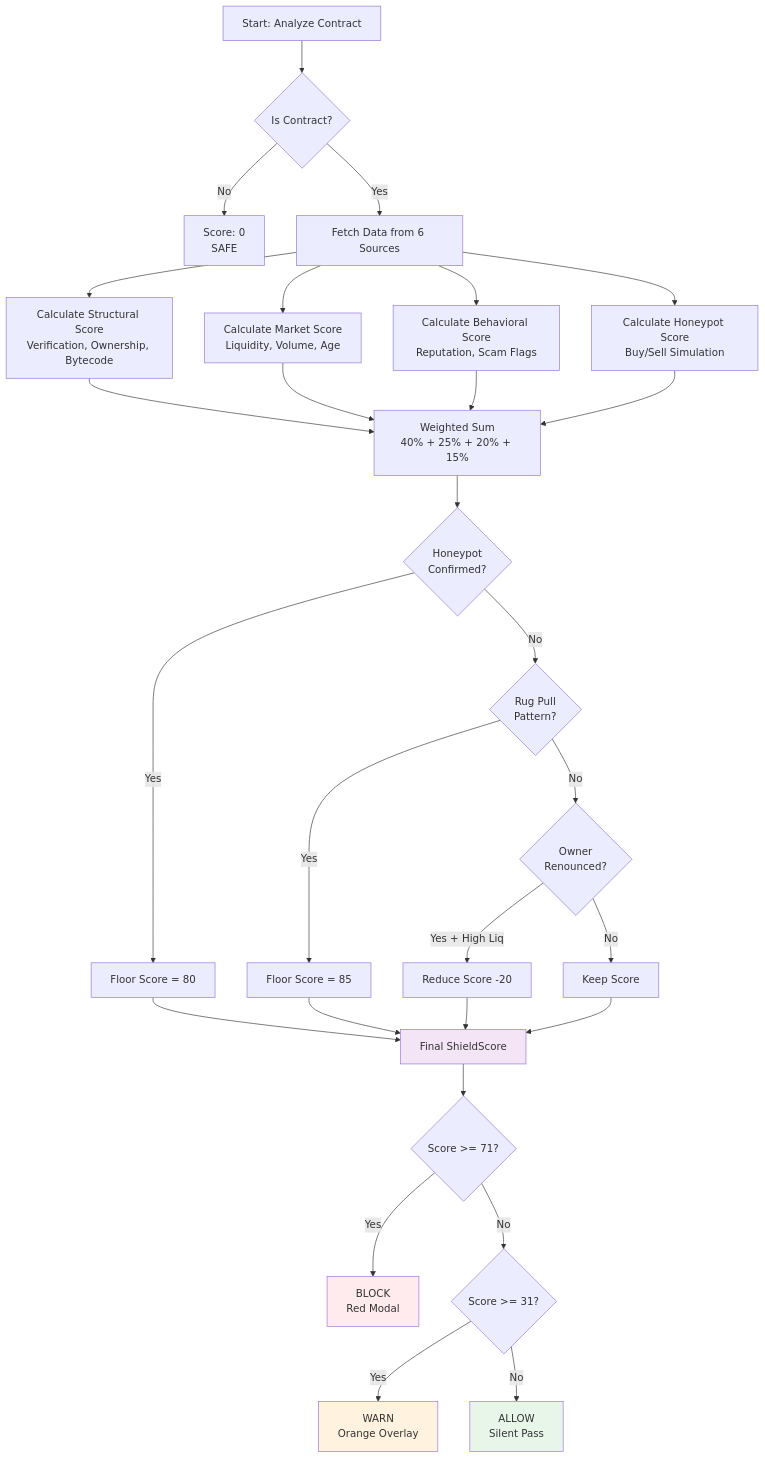
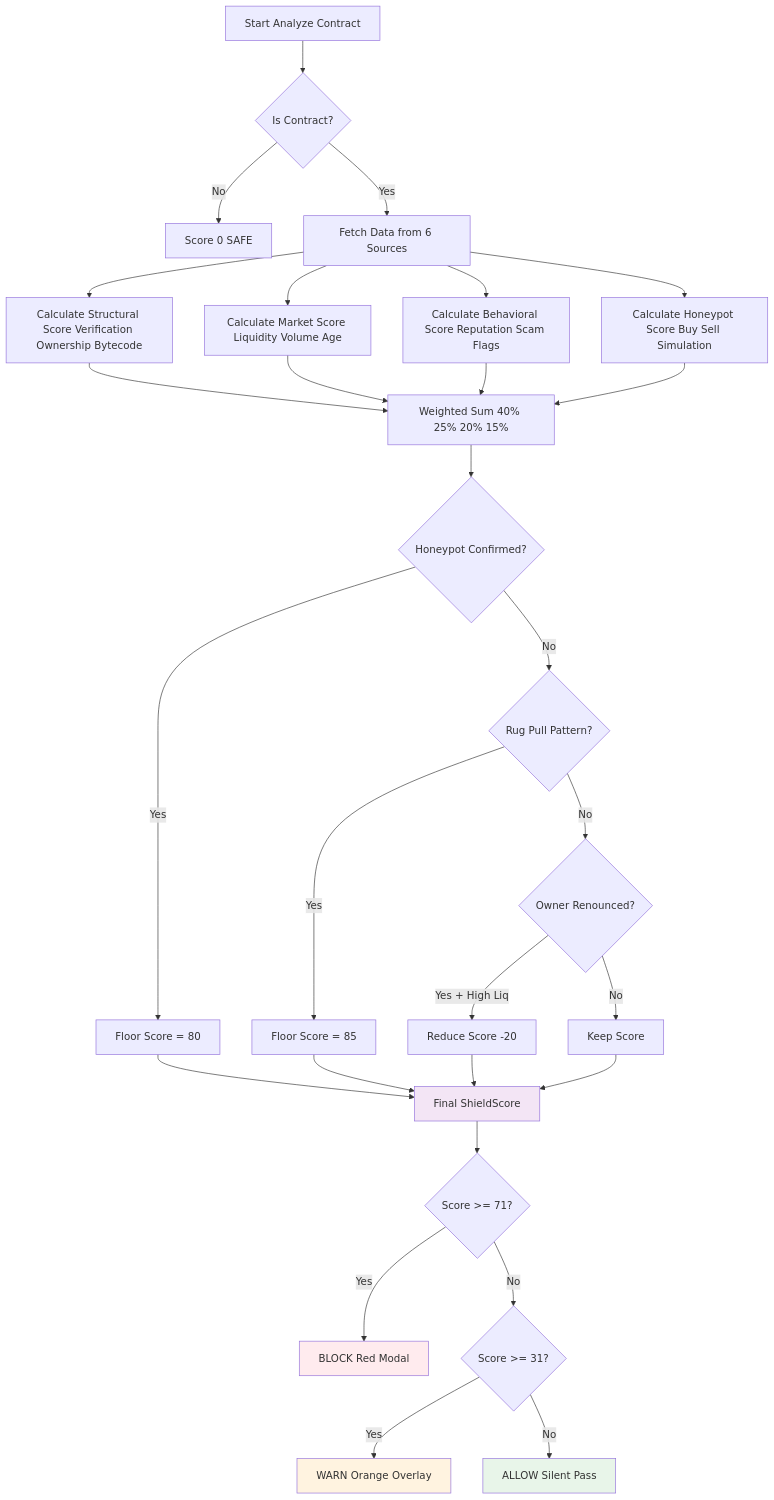
One commit to Ridwannurudeen/shieldbot changed the sixth of 6 diagrams in docs/ARCHITECTURE_DIAGRAM.md. Above: the diagram before and after it, drawn with Mermaid. The commit also changed other lines of this file, not shown here.

Commit message:
Fix Mermaid diagram rendering errors

````diff
--- a/docs/ARCHITECTURE_DIAGRAM.md
+++ b/docs/ARCHITECTURE_DIAGRAM.md
@@ -296,42 +296,42 @@
 ```mermaid
 graph TD
-    A[Start: Analyze Contract] --> B{Is Contract?}
-    B -->|No| C[Score: 0<br/>SAFE]
+    A[Start Analyze Contract] --> B{Is Contract?}
+    B -->|No| C[Score 0 SAFE]
     B -->|Yes| D[Fetch Data from 6 Sources]
 
-    D --> E[Calculate Structural Score<br/>Verification, Ownership, Bytecode]
-    D --> F[Calculate Market Score<br/>Liquidity, Volume, Age]
-    D --> G[Calculate Behavioral Score<br/>Reputation, Scam Flags]
-    D --> H[Calculate Honeypot Score<br/>Buy/Sell Simulation]
+    D --> E[Calculate Structural Score Verification Ownership Bytecode]
+    D --> F[Calculate Market Score Liquidity Volume Age]
+    D --> G[Calculate Behavioral Score Reputation Scam Flags]
+    D --> H[Calculate Honeypot Score Buy Sell Simulation]
 
-    E --> I[Weighted Sum<br/>40% + 25% + 20% + 15%]
+    E --> I[Weighted Sum 40% 25% 20% 15%]
     F --> I
     G --> I
     H --> I
 
-    I --> J{Honeypot<br/>Confirmed?}
+    I --> J{Honeypot Confirmed?}
     J -->|Yes| K[Floor Score = 80]
-    J -->|No| L{Rug Pull<br/>Pattern?}
+    J -->|No| L{Rug Pull Pattern?}
 
     L -->|Yes| M[Floor Score = 85]
-    L -->|No| N{Owner<br/>Renounced?}
+    L -->|No| N{Owner Renounced?}
 
     N -->|Yes + High Liq| O[Reduce Score -20]
     N -->|No| P[Keep Score]
 
     K --> Q[Final ShieldScore]
     M --> Q
     O --> Q
     P --> Q
 
     Q --> R{Score >= 71?}
-    R -->|Yes| S[BLOCK<br/>Red Modal]
+    R -->|Yes| S[BLOCK Red Modal]
     R -->|No| T{Score >= 31?}
-    T -->|Yes| U[WARN<br/>Orange Overlay]
-    T -->|No| V[ALLOW<br/>Silent Pass]
+    T -->|Yes| U[WARN Orange Overlay]
+    T -->|No| V[ALLOW Silent Pass]
 
     style S fill:#ffebee
     style U fill:#fff3e0
     style V fill:#e8f5e9
     style Q fill:#f3e5f5
 ```
````
